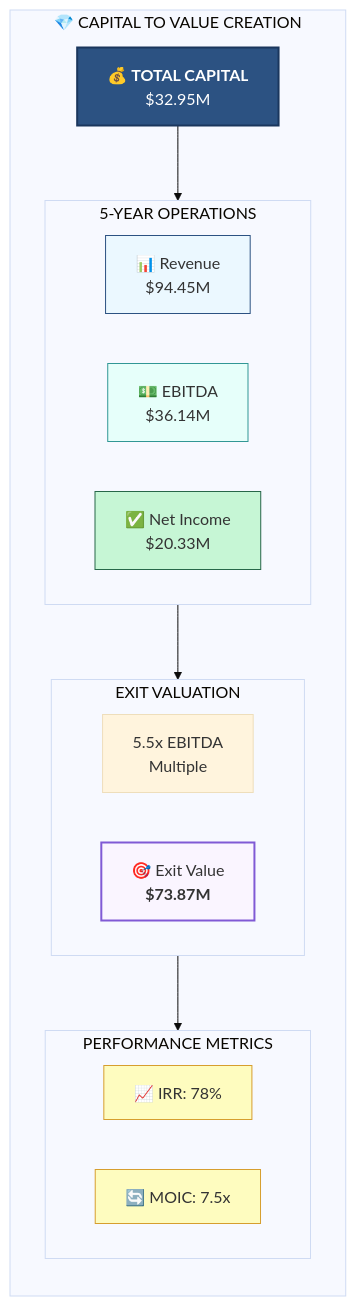
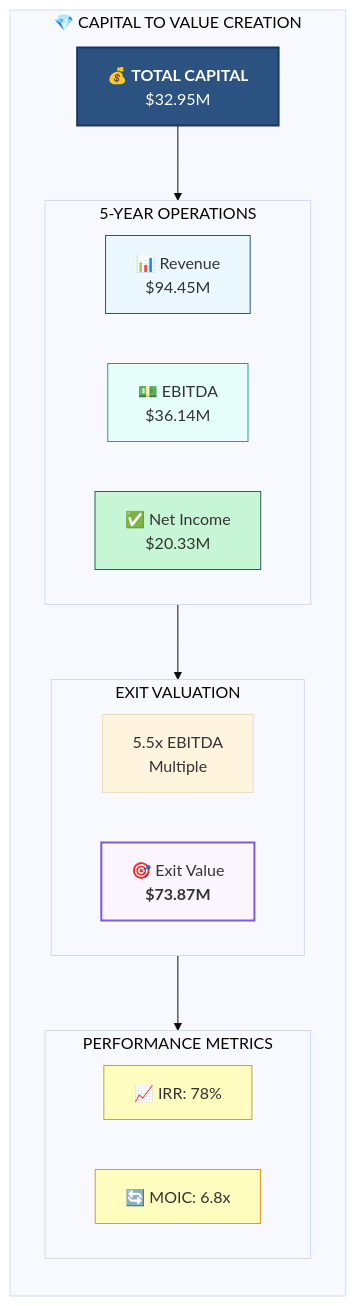
Diagram 11 of 37 in docs/pitch-packet/AI_VALUATION_REPORT_VISUAL.md (Light-Brands/epic-center), drawn with Mermaid before and after one commit. The commit also changed other lines of this file and 65 other files, not shown here.

````diff
--- a/docs/pitch-packet/AI_VALUATION_REPORT_VISUAL.md
+++ b/docs/pitch-packet/AI_VALUATION_REPORT_VISUAL.md
@@ -488,41 +488,41 @@
 ```mermaid
 %%{init: {'theme': 'base'}}%%
 flowchart TB
     subgraph RETURNS["💎 CAPITAL TO VALUE CREATION"]
         direction TB
 
         INV["💰 <b>TOTAL CAPITAL</b><br/>$32.95M"]
 
         subgraph OPS["5-YEAR OPERATIONS"]
             direction LR
             REV["📊 Revenue<br/>$94.45M"]
             EBITDA["💵 EBITDA<br/>$36.14M"]
             NI["✅ Net Income<br/>$20.33M"]
         end
 
         INV --> OPS
 
         subgraph EXIT["EXIT VALUATION"]
             direction LR
             MULT["5.5x EBITDA<br/>Multiple"]
             EV["🎯 Exit Value<br/><b>$73.87M</b>"]
         end
 
         OPS --> EXIT
 
         subgraph PERF["PERFORMANCE METRICS"]
             IRR["📈 IRR: 78%"]
-            MOIC["🔄 MOIC: 7.5x"]
+            MOIC["🔄 MOIC: 6.8x"]
         end
 
         EXIT --> PERF
     end
 
     style INV fill:#2c5282,stroke:#1a365d,stroke-width:2px,color:#fff
     style REV fill:#ebf8ff,stroke:#2c5282
     style EBITDA fill:#e6fffa,stroke:#319795
     style NI fill:#c6f6d5,stroke:#276749
     style EV fill:#faf5ff,stroke:#805ad5,stroke-width:2px
     style IRR fill:#fefcbf,stroke:#d69e2e
     style MOIC fill:#fefcbf,stroke:#d69e2e
 ```
````
